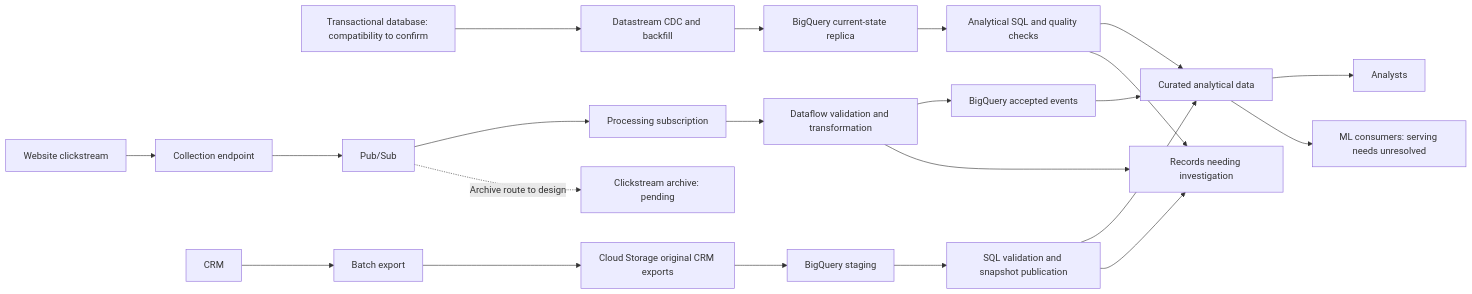
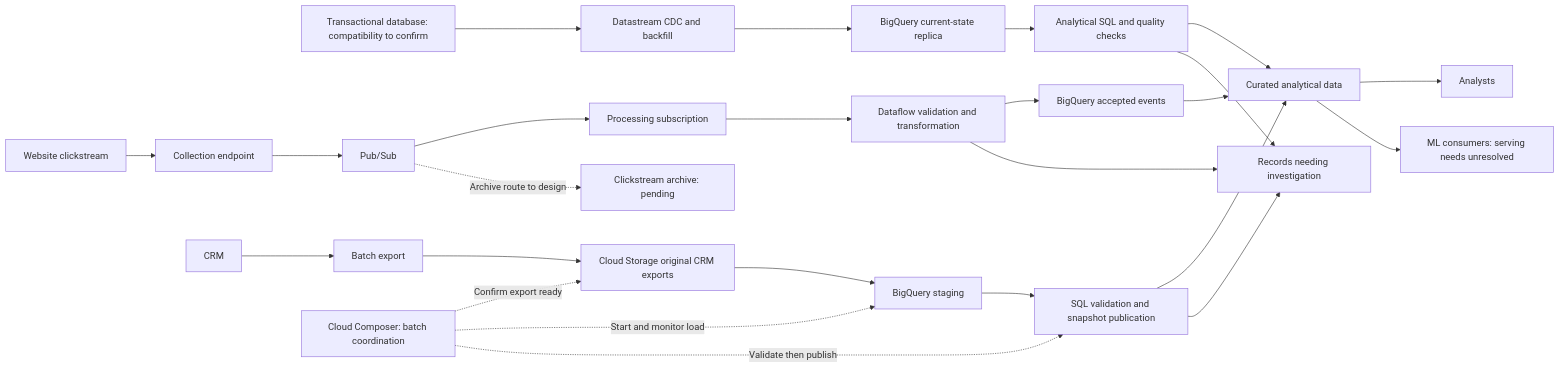
One commit to JamieLCampbell/SeniorEngineerJobApplication changed the diagram in docs/architecture.md. Above: the diagram before and after it, drawn with Mermaid. The commit also changed other lines of this file and 6 other files, not shown here.

First line of the commit message:
Define Composer's role in batch coordination

````diff
--- a/docs/architecture.md
+++ b/docs/architecture.md
@@ -11,24 +11,27 @@
 ```mermaid
 flowchart LR
     T[Transactional database: compatibility to confirm] --> D[Datastream CDC and backfill]
     D --> W[BigQuery current-state replica]
     W --> S[Analytical SQL and quality checks]
     S --> Q[Curated analytical data]
     C[Website clickstream] --> H[Collection endpoint]
     H --> E[Pub/Sub]
     E --> U[Processing subscription]
     U --> P[Dataflow validation and transformation]
     E -. Archive route to design .-> R[Clickstream archive: pending]
     M[CRM] --> B[Batch export]
     B --> G[Cloud Storage original CRM exports]
     G --> J[BigQuery staging]
     J --> X[SQL validation and snapshot publication]
+    O[Cloud Composer: batch coordination] -. Confirm export ready .-> G
+    O -. Start and monitor load .-> J
+    O -. Validate then publish .-> X
     P --> V[BigQuery accepted events]
     V --> Q
     X --> Q
     P --> I[Records needing investigation]
     X --> I
     S --> I
     Q --> A[Analysts]
     Q --> L[ML consumers: serving needs unresolved]
 ```
````
